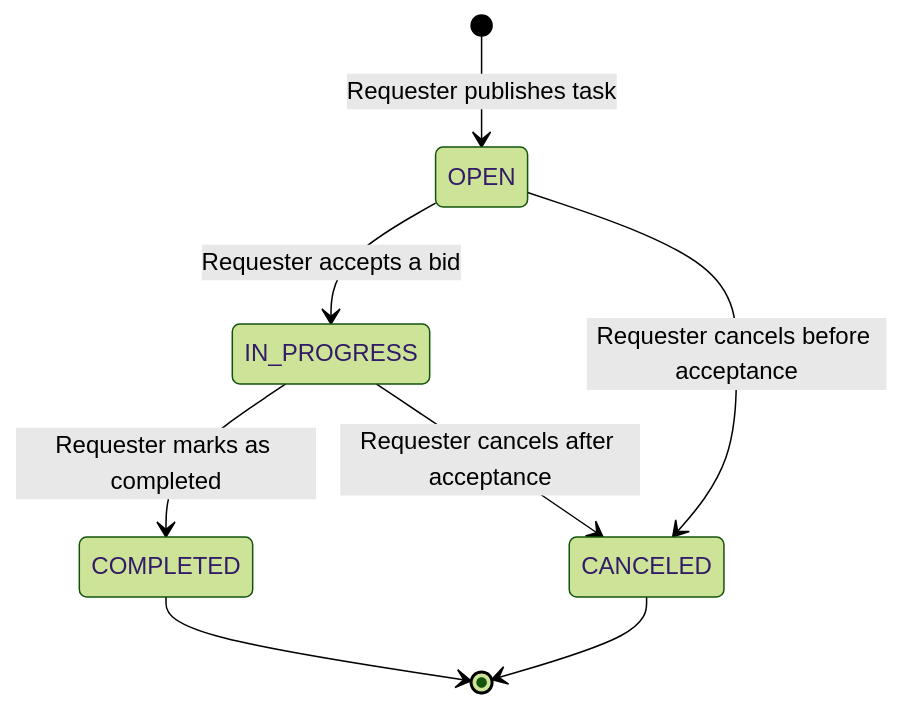
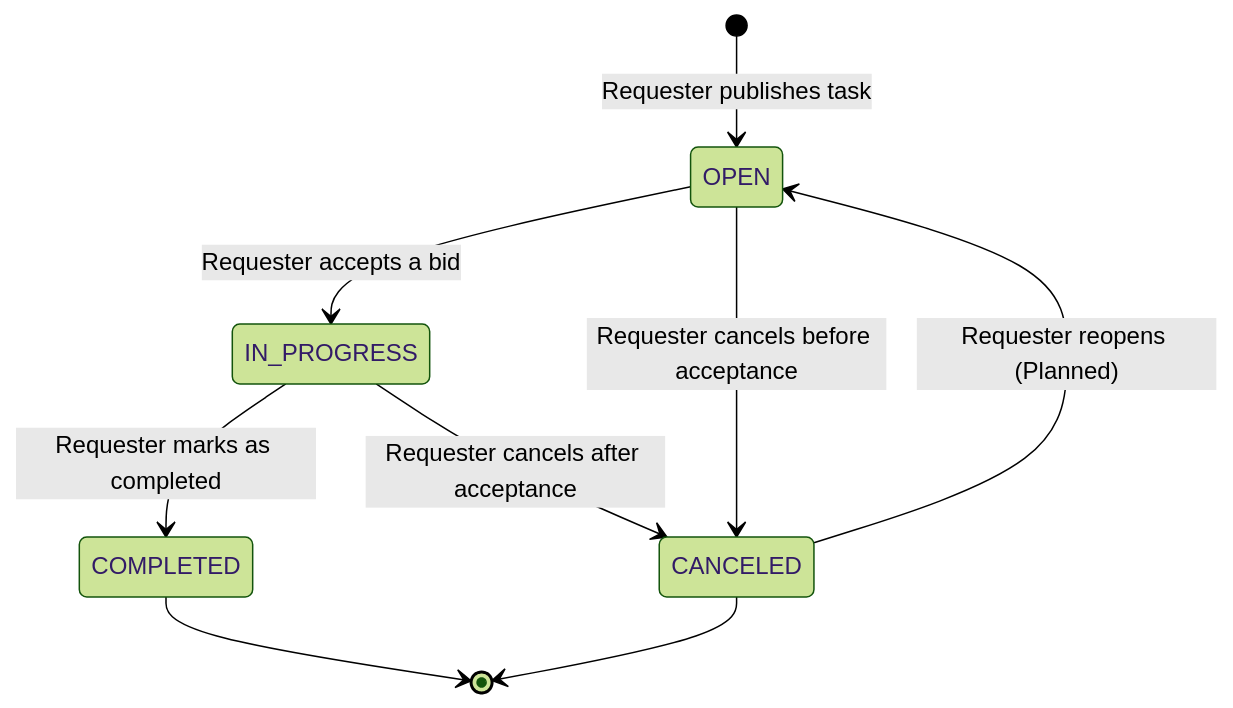
One commit to GuyStein1/CSFinalProject changed the second of 5 diagrams in docs/05_User_Flows.md. Above: the diagram before and after it, drawn with Mermaid (forest theme). The commit also changed other lines of this file and 10 other files, not shown here.

First line of the commit message:
docs: complete planning phase — finalize all architecture docs and development plan

````diff
--- a/docs/05_User_Flows.md
+++ b/docs/05_User_Flows.md
@@ -86,10 +85,11 @@
 ```mermaid
 stateDiagram-v2
     [*] --> OPEN : Requester publishes task
     OPEN --> IN_PROGRESS : Requester accepts a bid
     OPEN --> CANCELED : Requester cancels before acceptance
     IN_PROGRESS --> COMPLETED : Requester marks as completed
     IN_PROGRESS --> CANCELED : Requester cancels after acceptance
+    CANCELED --> OPEN : Requester reopens (Planned)
     COMPLETED --> [*]
     CANCELED --> [*]
 ```
````
